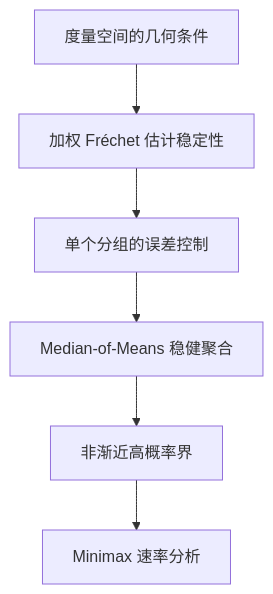
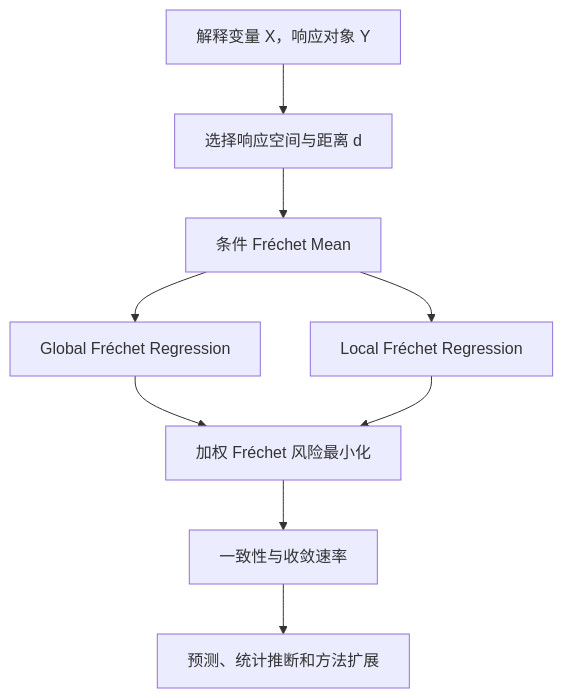
One commit to Salty-yeah-888/non-euclidean-statistics-notes changed the second of 2 diagrams in issues/001-metric-spaces.md. Above: the diagram before and after it, drawn with Mermaid. The commit also changed other lines of this file, not shown here.

````diff
--- a/issues/001-metric-spaces.md
+++ b/issues/001-metric-spaces.md
@@ -667,9 +760,11 @@
 ```mermaid
 flowchart TD
-    A["度量空间的几何条件"]
-    A --> B["加权 Fréchet 估计稳定性"]
-    B --> C["单个分组的误差控制"]
-    C --> D["Median-of-Means 稳健聚合"]
-    D --> E["非渐近高概率界"]
-    E --> F["Minimax 速率分析"]
+    A["解释变量 X，响应对象 Y"] --> B["选择响应空间与距离 d"]
+    B --> C["条件 Fréchet Mean"]
+    C --> D["Global Fréchet Regression"]
+    C --> E["Local Fréchet Regression"]
+    D --> F["加权 Fréchet 风险最小化"]
+    E --> F
+    F --> G["一致性与收敛速率"]
+    G --> H["预测、统计推断和方法扩展"]
 ```
````
